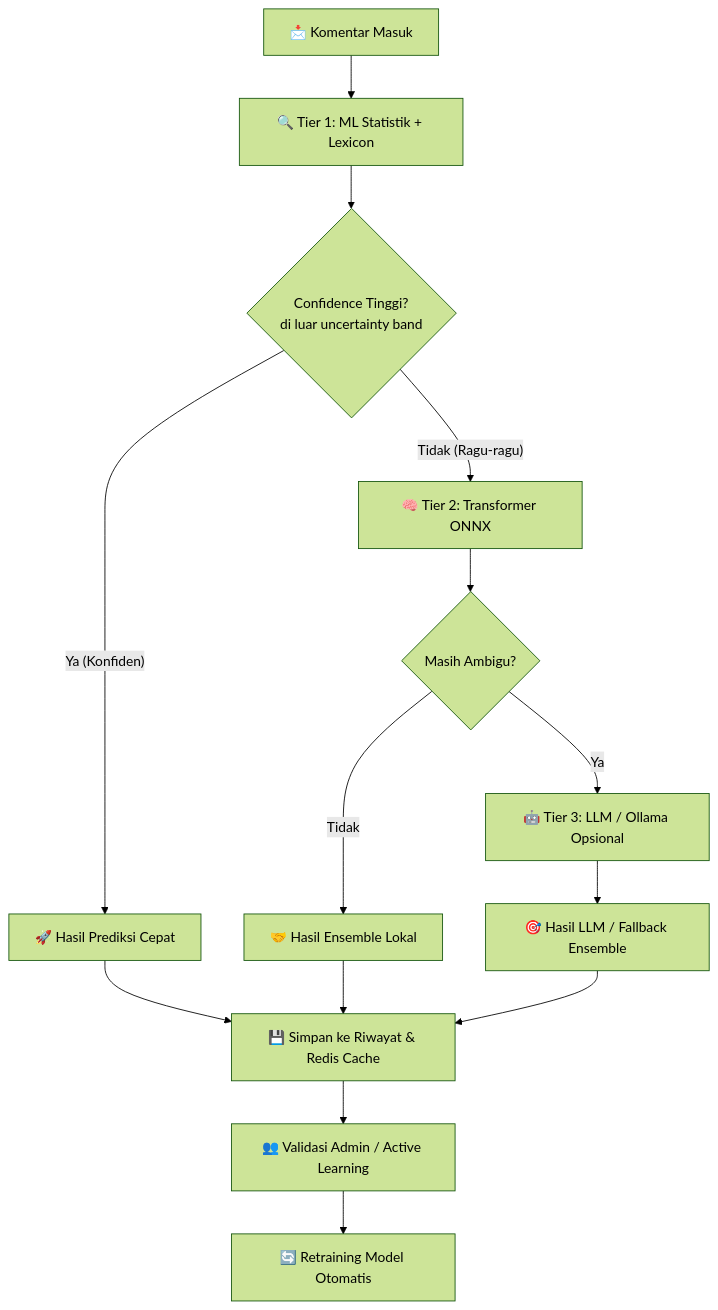
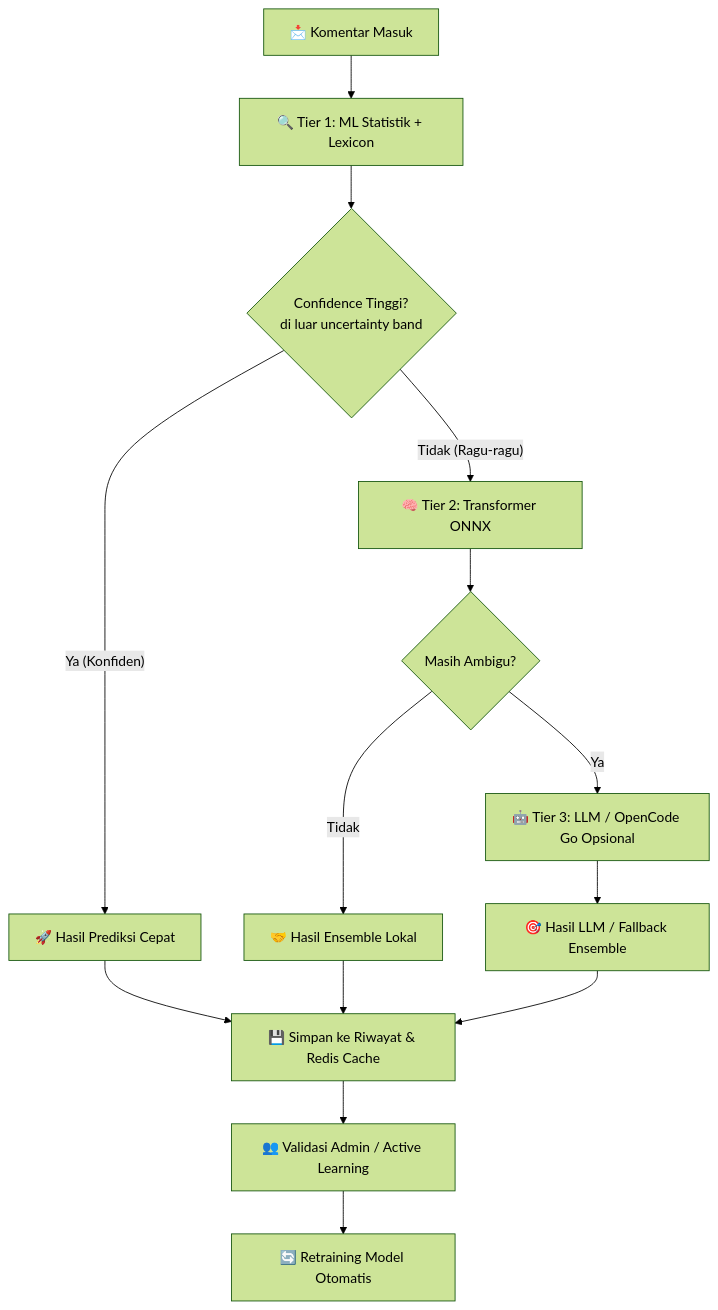
One commit to Maliq-dlt/indonesian-cyberbullying-detection-api changed the diagram in README.md. Above: the diagram before and after it, drawn with Mermaid (forest theme). The commit also changed other lines of this file and 27 other files, not shown here.

Commit message:
feat: migrate Tier 3 from local Ollama to Cloud LLM (OpenCode Go API)

````diff
--- a/README.md
+++ b/README.md
@@ -52,16 +52,16 @@
 ```mermaid
 graph TD
     A[📩 Komentar Masuk] --> B[🔍 Tier 1: ML Statistik + Lexicon]
     B --> C{Confidence Tinggi? <br>di luar uncertainty band}
     C -- Ya (Konfiden) --> D[🚀 Hasil Prediksi Cepat]
     C -- Tidak (Ragu-ragu) --> E[🧠 Tier 2: Transformer ONNX]
     E --> F{Masih Ambigu?}
     F -- Tidak --> G[🤝 Hasil Ensemble Lokal]
-    F -- Ya --> H[🤖 Tier 3: LLM / Ollama Opsional]
+    F -- Ya --> H[🤖 Tier 3: LLM / OpenCode Go Opsional]
     H --> I[🎯 Hasil LLM / Fallback Ensemble]
     D --> J[💾 Simpan ke Riwayat & Redis Cache]
     G --> J
     I --> J
     J --> K[👥 Validasi Admin / Active Learning]
     K --> L[🔄 Retraining Model Otomatis]
 ```
````
